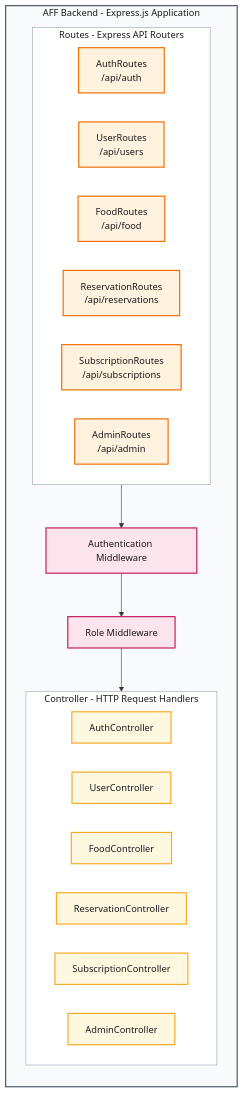
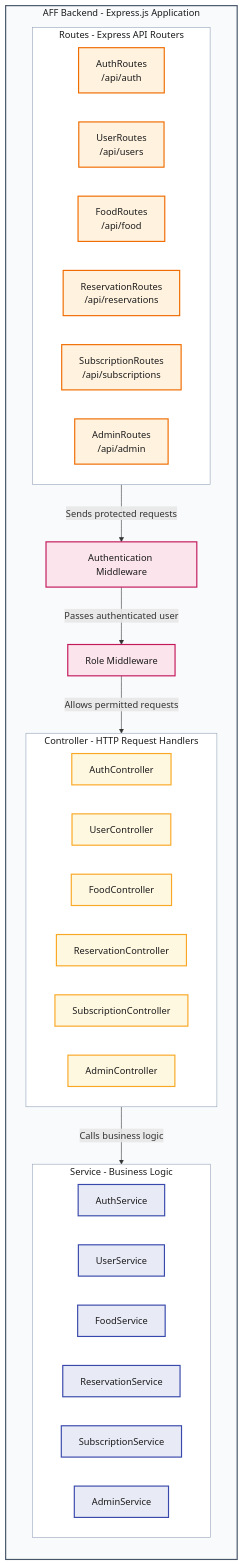
Before and after one commit to 2026B-FullStackDevelopment/aff: the diagram in docs/backend-component-diagram.md, drawn with Mermaid. The commit also changed other lines of this file, not shown here.

Commit message:
Update backend component diagram to include services and clarify relationships between components

````diff
--- a/docs/backend-component-diagram.md
+++ b/docs/backend-component-diagram.md
@@ -5,50 +5,65 @@
 ```mermaid
 flowchart TB
   subgraph backend["AFF Backend - Express.js Application"]
     direction TB
 
     subgraph routes["Routes - Express API Routers"]
       direction LR
 
       auth["AuthRoutes<br/>/api/auth"]
       users["UserRoutes<br/>/api/users"]
       food["FoodRoutes<br/>/api/food"]
       reservations["ReservationRoutes<br/>/api/reservations"]
       subscriptions["SubscriptionRoutes<br/>/api/subscriptions"]
       admin["AdminRoutes<br/>/api/admin"]
     end
 
     authentication["Authentication Middleware"]
     role["Role Middleware"]
 
     subgraph controllers["Controller - HTTP Request Handlers"]
       direction LR
 
       authController["AuthController"]
       userController["UserController"]
       foodController["FoodController"]
       reservationController["ReservationController"]
       subscriptionController["SubscriptionController"]
       adminController["AdminController"]
     end
 
-    routes --> authentication
-    authentication --> role
-    role --> controllers
+    subgraph services["Service - Business Logic"]
+      direction LR
+
+      authService["AuthService"]
+      userService["UserService"]
+      foodService["FoodService"]
+      reservationService["ReservationService"]
+      subscriptionService["SubscriptionService"]
+      adminService["AdminService"]
+    end
+
+    routes -->|"Sends protected requests"| authentication
+    authentication -->|"Passes authenticated user"| role
+    role -->|"Allows permitted requests"| controllers
+    controllers -->|"Calls business logic"| services
 
   end
 
   classDef registryComponent fill:#E3F2FD,stroke:#1565C0,color:#1B1B1B,stroke-width:2px;
   classDef routeComponent fill:#FFF3E0,stroke:#EF6C00,color:#1B1B1B,stroke-width:2px;
   classDef middlewareComponent fill:#FCE4EC,stroke:#C2185B,color:#1B1B1B,stroke-width:2px;
   classDef controllerComponent fill:#FFF8E1,stroke:#F9A825,color:#1B1B1B,stroke-width:2px;
+  classDef serviceComponent fill:#E8EAF6,stroke:#3949AB,color:#1B1B1B,stroke-width:2px;
 
   class registry registryComponent;
   class auth,users,food,reservations,subscriptions,admin routeComponent;
   class authentication,role middlewareComponent;
   class authController,userController,foodController,reservationController,subscriptionController,adminController controllerComponent;
+  class authService,userService,foodService,reservationService,subscriptionService,adminService serviceComponent;
 
   style backend fill:#F8FAFC,stroke:#475569,color:#1B1B1B,stroke-width:2px;
   style routes fill:#FFFFFF,stroke:#94A3B8,color:#1B1B1B,stroke-width:1px;
   style controllers fill:#FFFFFF,stroke:#94A3B8,color:#1B1B1B,stroke-width:1px;
+  style services fill:#FFFFFF,stroke:#94A3B8,color:#1B1B1B,stroke-width:1px;
 ```
````
